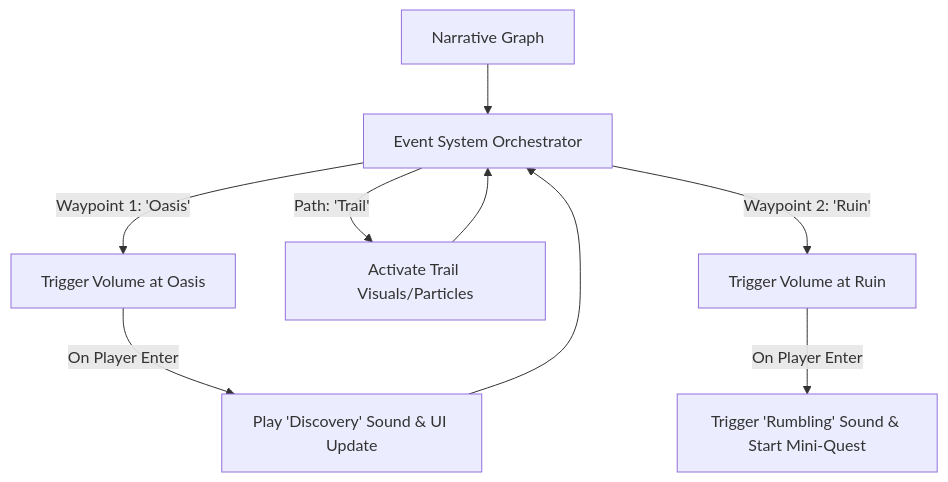
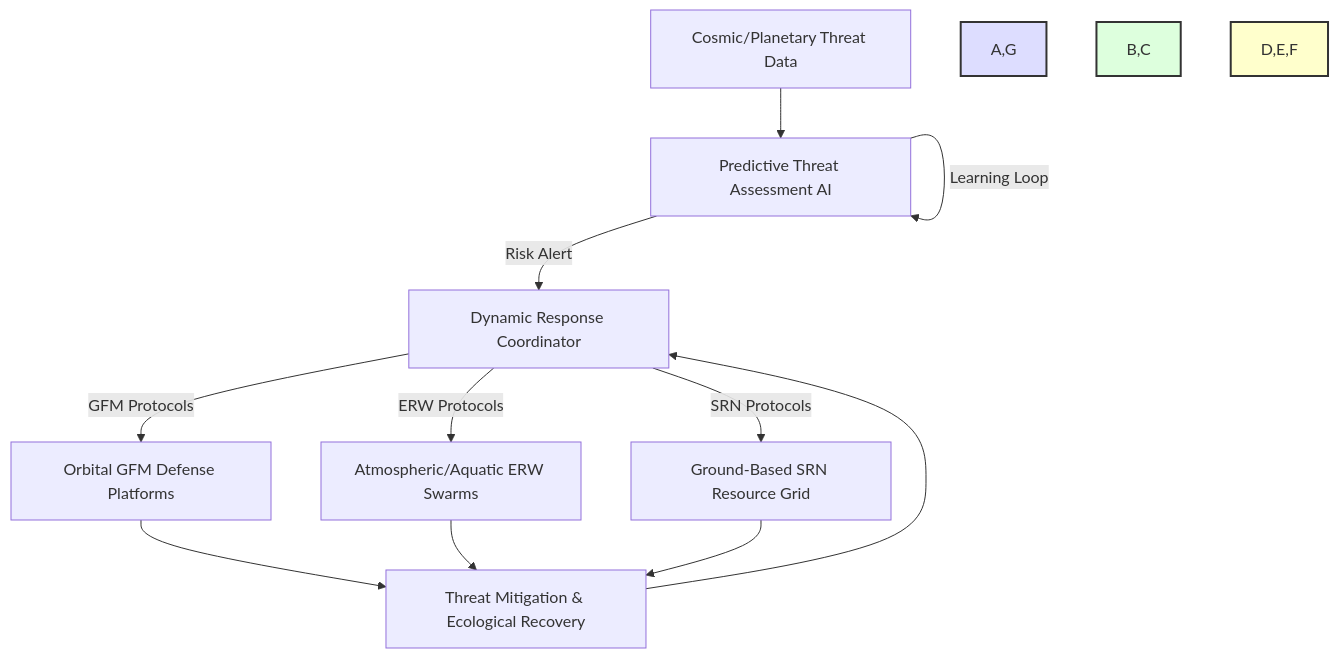
Before and after one commit to diplomat-bit/Citibank_Demo_Business_Inc_Demonstration-: the tenth of 11 diagrams in inventions/089_generative_3d_world_creation.md, drawn with Mermaid. The commit also changed other lines of this file, not shown here.

````diff
--- a/inventions/089_generative_3d_world_creation.md
+++ b/inventions/089_generative_3d_world_creation.md
@@ -311,11 +354,14 @@
-    ```mermaid
-    graph TD
-        A[Narrative Graph] --> B[Event System Orchestrator]
-        B -- Waypoint 1: 'Oasis' --> C[Trigger Volume at Oasis]
-        C -- On Player Enter --> D[Play 'Discovery' Sound & UI Update]
-        D --> B
-        B -- Path: 'Trail' --> E[Activate Trail Visuals/Particles]
-        E --> B
-        B -- Waypoint 2: 'Ruin' --> F[Trigger Volume at Ruin]
-        F -- On Player Enter --> G[Trigger 'Rumbling' Sound & Start Mini-Quest]
-    ```
+```mermaid
+graph TD
+    A[Cosmic/Planetary Threat Data] --> B[Predictive Threat Assessment AI]
+    B -- Risk Alert --> C[Dynamic Response Coordinator]
+    C -- GFM Protocols --> D[Orbital GFM Defense Platforms]
+    C -- ERW Protocols --> E[Atmospheric/Aquatic ERW Swarms]
+    C -- SRN Protocols --> F[Ground-Based SRN Resource Grid]
+    D & E & F --> G[Threat Mitigation & Ecological Recovery]
+    G --> C
+    B -- Learning Loop --> B
+    style A,G fill:#DDF,stroke:#333,stroke-width:2px;
+    style B,C fill:#DFD,stroke:#333,stroke-width:2px;
+    style D,E,F fill:#FFC,stroke:#333,stroke-width:2px;
+```
````
